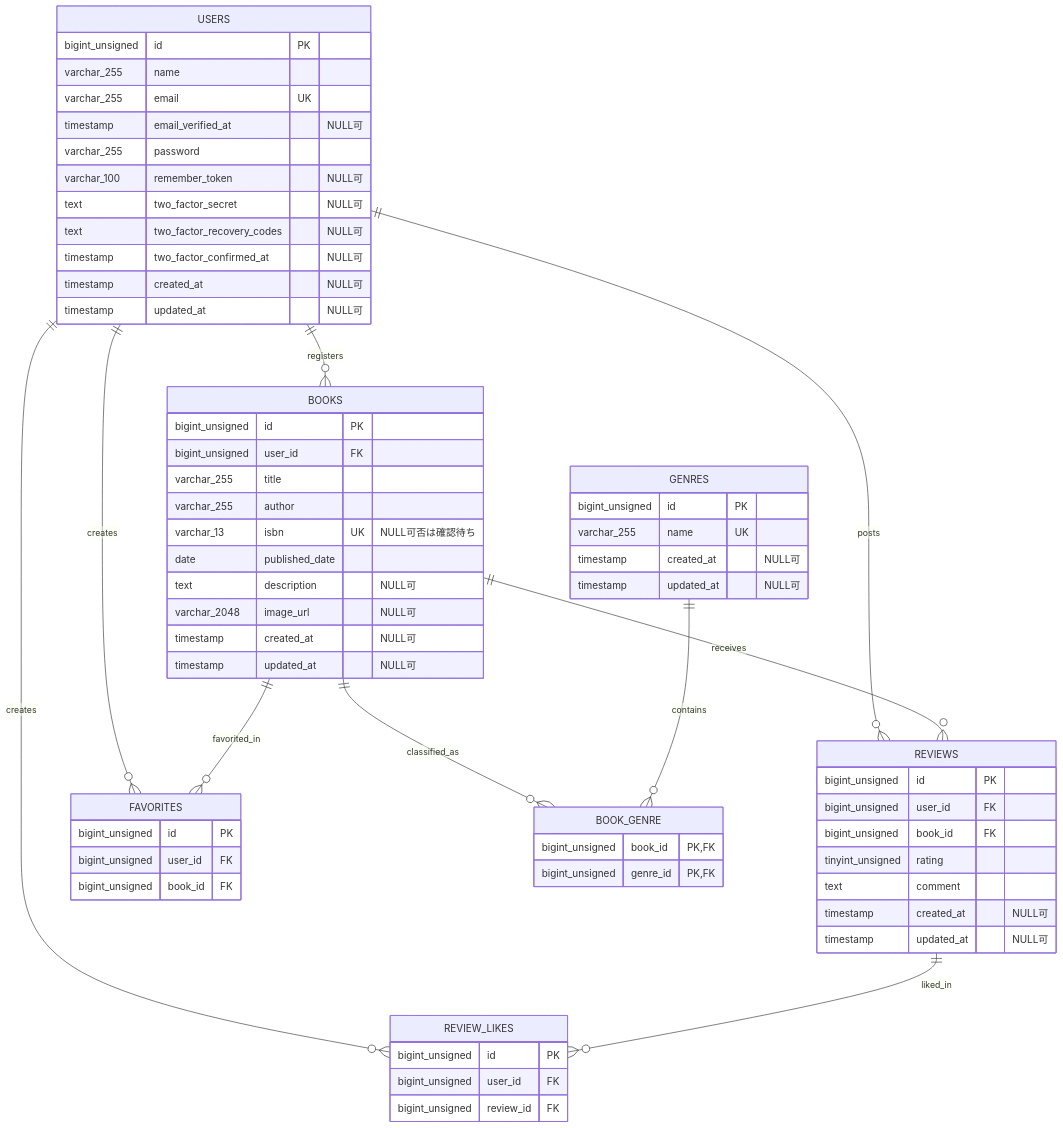
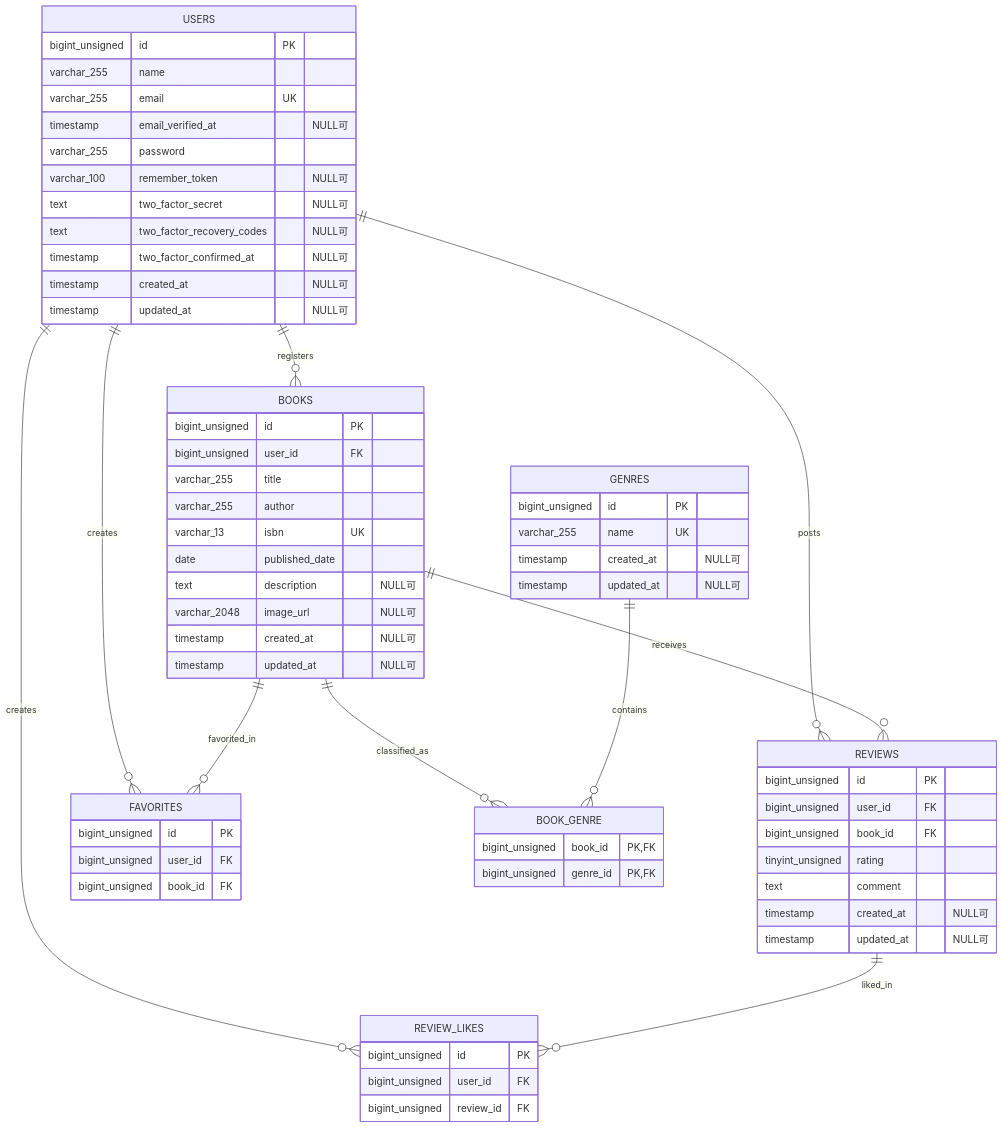
One commit to Natsumi-Ogino/bookshelf-app changed the diagram in docs/basic-database-design-draft.md. Above: the diagram before and after it, drawn with Mermaid. The commit also changed other lines of this file and 1 other file, not shown here.

````diff
--- a/docs/basic-database-design-draft.md
+++ b/docs/basic-database-design-draft.md
@@ -31,73 +27,73 @@
 ```mermaid
 erDiagram
     USERS ||--o{ BOOKS : registers
     USERS ||--o{ REVIEWS : posts
     USERS ||--o{ FAVORITES : creates
     USERS ||--o{ REVIEW_LIKES : creates
     BOOKS ||--o{ REVIEWS : receives
     BOOKS ||--o{ BOOK_GENRE : classified_as
     GENRES ||--o{ BOOK_GENRE : contains
     BOOKS ||--o{ FAVORITES : favorited_in
     REVIEWS ||--o{ REVIEW_LIKES : liked_in
 
     USERS {
         bigint_unsigned id PK
         varchar_255 name
         varchar_255 email UK
         timestamp email_verified_at "NULL可"
         varchar_255 password
         varchar_100 remember_token "NULL可"
         text two_factor_secret "NULL可"
         text two_factor_recovery_codes "NULL可"
         timestamp two_factor_confirmed_at "NULL可"
         timestamp created_at "NULL可"
         timestamp updated_at "NULL可"
     }
 
     BOOKS {
         bigint_unsigned id PK
         bigint_unsigned user_id FK
         varchar_255 title
         varchar_255 author
-        varchar_13 isbn UK "NULL可否は確認待ち"
+        varchar_13 isbn UK
         date published_date
         text description "NULL可"
         varchar_2048 image_url "NULL可"
         timestamp created_at "NULL可"
         timestamp updated_at "NULL可"
     }
 
     GENRES {
         bigint_unsigned id PK
         varchar_255 name UK
         timestamp created_at "NULL可"
         timestamp updated_at "NULL可"
     }
 
     BOOK_GENRE {
         bigint_unsigned book_id PK,FK
         bigint_unsigned genre_id PK,FK
     }
 
     REVIEWS {
         bigint_unsigned id PK
         bigint_unsigned user_id FK
         bigint_unsigned book_id FK
         tinyint_unsigned rating
         text comment
         timestamp created_at "NULL可"
         timestamp updated_at "NULL可"
     }
 
     FAVORITES {
         bigint_unsigned id PK
         bigint_unsigned user_id FK
         bigint_unsigned book_id FK
     }
 
     REVIEW_LIKES {
         bigint_unsigned id PK
         bigint_unsigned user_id FK
         bigint_unsigned review_id FK
     }
 ```
````
